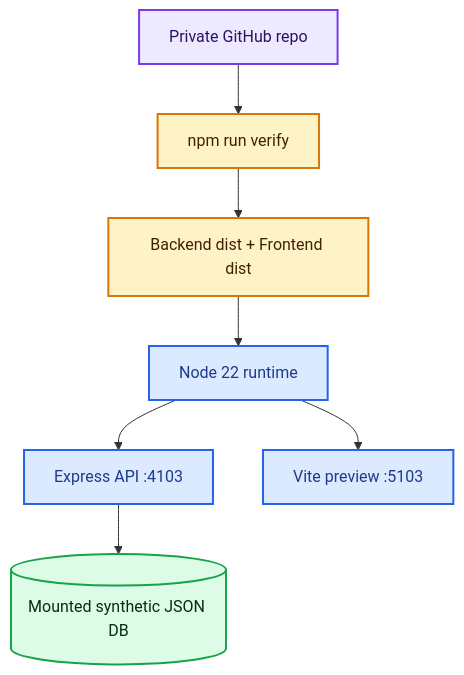
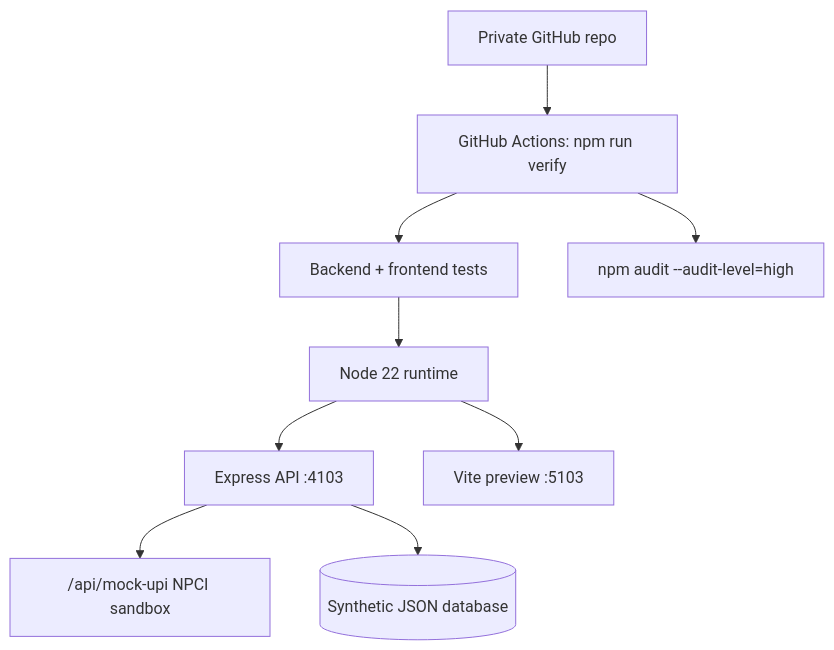
One commit to jprbom/cashflow-memory-for-bharat changed the third of 3 diagrams in docs/DIAGRAMS.md. Above: the diagram before and after it, drawn with Mermaid. The commit also changed other lines of this file and 15 other files, not shown here.

Commit message:
feat: wire working demo flows and mock UPI rail

```diff
--- a/docs/DIAGRAMS.md
+++ b/docs/DIAGRAMS.md
@@ -76,14 +50,11 @@
 ~~~mermaid
 flowchart TB
-  Repo["Private GitHub repo"]:::repo --> CI["npm run verify"]:::ci
-  CI --> Build["Backend dist + Frontend dist"]:::ci
-  Build --> Runtime["Node 22 runtime"]:::runtime
-  Runtime --> Backend["Express API :4103"]:::runtime
-  Runtime --> Frontend["Vite preview :5103"]:::runtime
-  Backend --> DB[("Mounted synthetic JSON DB")]:::data
-
-  classDef repo fill:#ede9fe,stroke:#7c3aed,stroke-width:2px,color:#2e1065
-  classDef ci fill:#fef3c7,stroke:#d97706,stroke-width:2px,color:#422006
-  classDef runtime fill:#dbeafe,stroke:#2563eb,stroke-width:2px,color:#1e3a8a
-  classDef data fill:#dcfce7,stroke:#16a34a,stroke-width:2px,color:#052e16
+  Repo["Private GitHub repo"] --> CI["GitHub Actions: npm run verify"]
+  CI --> Tests["Backend + frontend tests"]
+  CI --> Audit["npm audit --audit-level=high"]
+  Tests --> Runtime["Node 22 runtime"]
+  Runtime --> Backend["Express API :4103"]
+  Runtime --> Frontend["Vite preview :5103"]
+  Backend --> Mock["/api/mock-upi NPCI sandbox"]
+  Backend --> DB[("Synthetic JSON database")]
 ~~~
```
